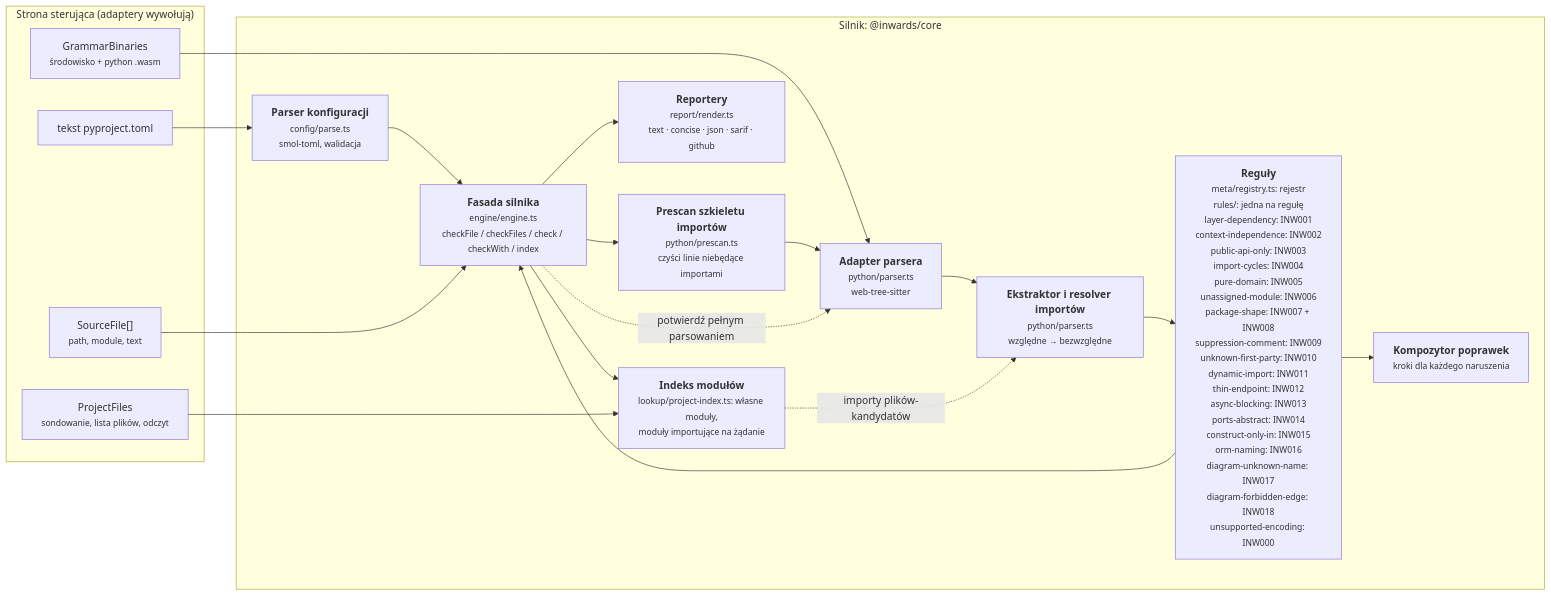
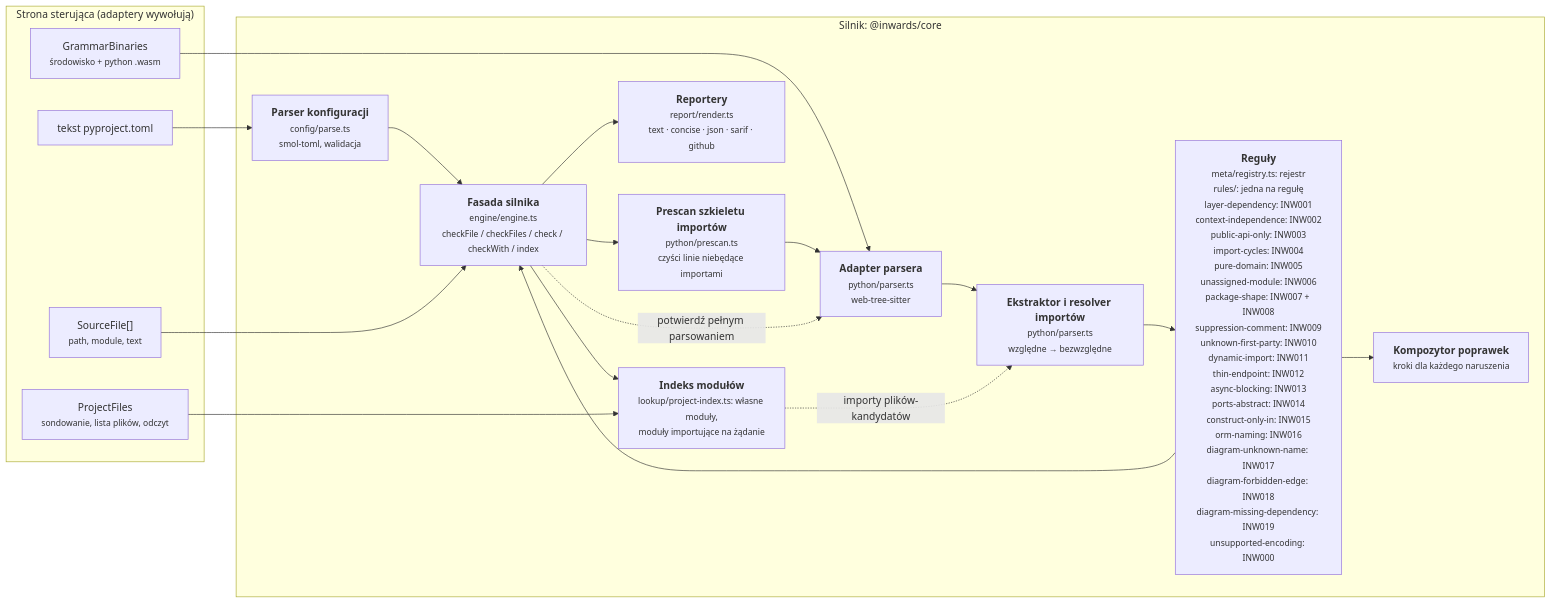
One commit to SirCypkowskyy/inwards changed the third of 6 diagrams in docs/pl/03-Architecture-C4.md. Above: the diagram before and after it, drawn with Mermaid. The commit also changed other lines of this file and 50 other files, not shown here.

First line of the commit message:
feat(rules): add INW019 diagram-missing-dependency (#384)

````diff
--- a/docs/pl/03-Architecture-C4.md
+++ b/docs/pl/03-Architecture-C4.md
@@ -110,33 +110,33 @@
 ```mermaid
 flowchart LR
     subgraph driving["Strona sterująca (adaptery wywołują)"]
         files["SourceFile[]<br/><small>path, module, text</small>"]
         cfgtext["tekst pyproject.toml"]
         wasm["GrammarBinaries<br/><small>środowisko + python .wasm</small>"]
         pfiles["ProjectFiles<br/><small>sondowanie, lista plików, odczyt</small>"]
     end
 
     subgraph enginebox["Silnik: @inwards/core"]
         config["<b>Parser konfiguracji</b><br/><small>config/parse.ts<br/>smol-toml, walidacja</small>"]
         pre["<b>Prescan szkieletu importów</b><br/><small>python/prescan.ts<br/>czyści linie niebędące importami</small>"]
         parser["<b>Adapter parsera</b><br/><small>python/parser.ts<br/>web-tree-sitter</small>"]
         extract["<b>Ekstraktor i resolver importów</b><br/><small>python/parser.ts<br/>względne → bezwzględne</small>"]
-        rules["<b>Reguły</b><br/><small>meta/registry.ts: rejestr<br/>rules/: jedna na regułę<br/>layer-dependency: INW001<br/>context-independence: INW002<br/>public-api-only: INW003<br/>import-cycles: INW004<br/>pure-domain: INW005<br/>unassigned-module: INW006<br/>package-shape: INW007 + INW008<br/>suppression-comment: INW009<br/>unknown-first-party: INW010<br/>dynamic-import: INW011<br/>thin-endpoint: INW012<br/>async-blocking: INW013<br/>ports-abstract: INW014<br/>construct-only-in: INW015<br/>orm-naming: INW016<br/>diagram-unknown-name: INW017<br/>diagram-forbidden-edge: INW018<br/>unsupported-encoding: INW000</small>"]
+        rules["<b>Reguły</b><br/><small>meta/registry.ts: rejestr<br/>rules/: jedna na regułę<br/>layer-dependency: INW001<br/>context-independence: INW002<br/>public-api-only: INW003<br/>import-cycles: INW004<br/>pure-domain: INW005<br/>unassigned-module: INW006<br/>package-shape: INW007 + INW008<br/>suppression-comment: INW009<br/>unknown-first-party: INW010<br/>dynamic-import: INW011<br/>thin-endpoint: INW012<br/>async-blocking: INW013<br/>ports-abstract: INW014<br/>construct-only-in: INW015<br/>orm-naming: INW016<br/>diagram-unknown-name: INW017<br/>diagram-forbidden-edge: INW018<br/>diagram-missing-dependency: INW019<br/>unsupported-encoding: INW000</small>"]
         fix["<b>Kompozytor poprawek</b><br/><small>kroki dla każdego naruszenia</small>"]
         report["<b>Reportery</b><br/><small>report/render.ts<br/>text · concise · json · sarif · github</small>"]
         engine["<b>Fasada silnika</b><br/><small>engine/engine.ts<br/>checkFile / checkFiles / check / checkWith / index</small>"]
         modgraph["<b>Indeks modułów</b><br/><small>lookup/project-index.ts: własne moduły,<br/>moduły importujące na żądanie</small>"]
     end
 
     cfgtext --> config --> engine
     wasm --> parser
     files --> engine
     engine --> pre --> parser --> extract --> rules
     rules --> fix
     rules --> engine
     engine -. "potwierdź pełnym parsowaniem" .-> parser
     engine --> modgraph
     pfiles --> modgraph
     modgraph -. "importy plików-kandydatów" .-> extract
     engine --> report
 ```
````
